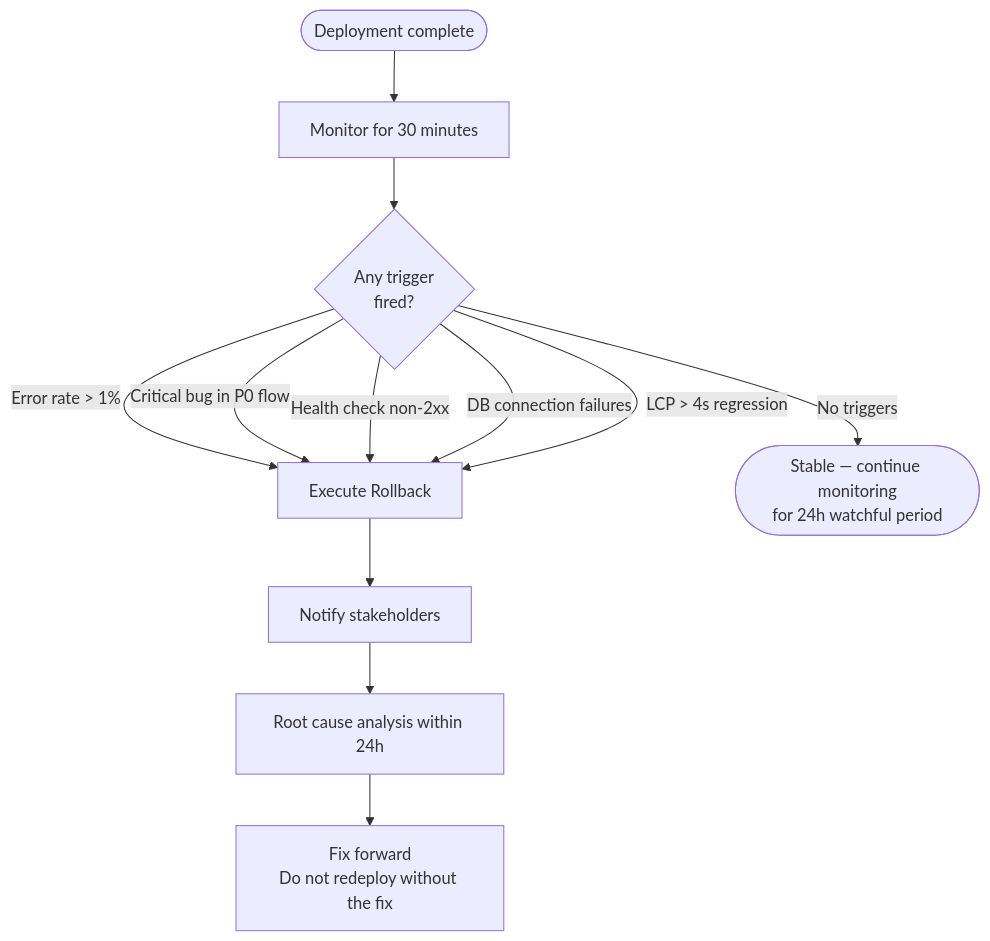
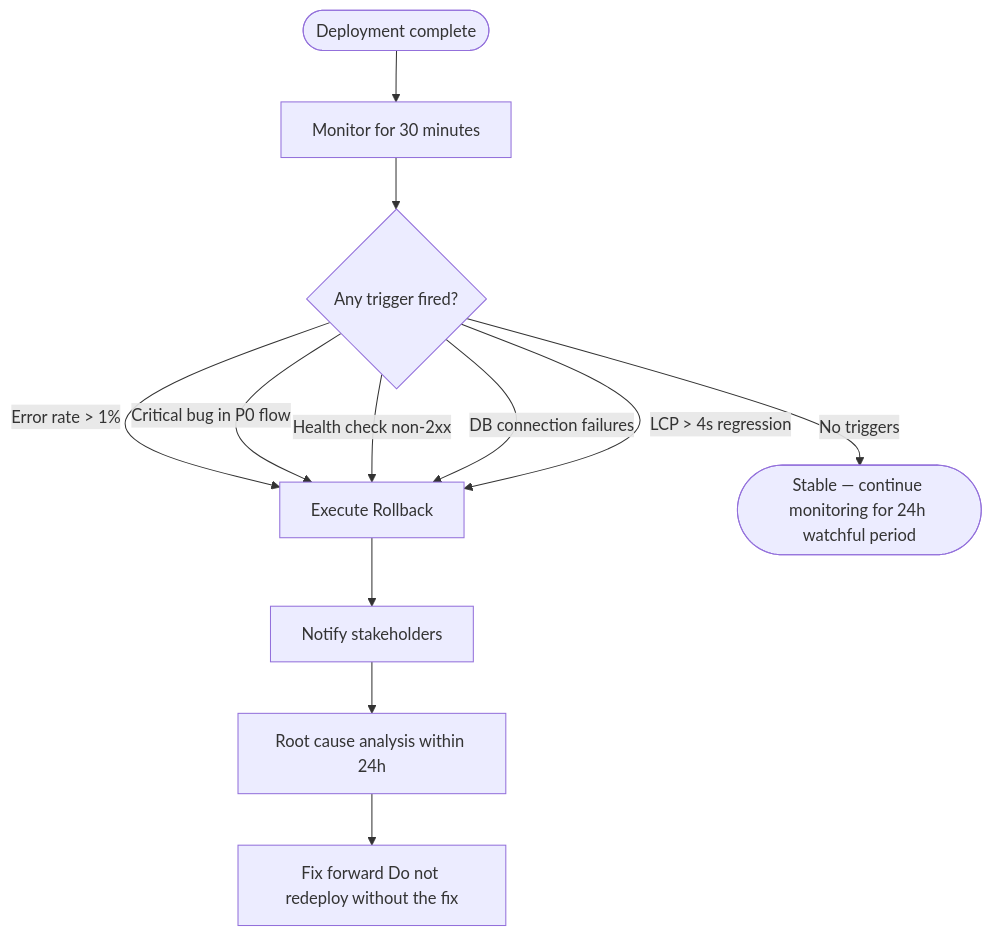
Before and after one commit to ivanyeors/product-agentic-templates: the first of 2 diagrams in .cursor/skills/06-deployment/ops-runbook.md, drawn with Mermaid. The commit also changed other lines of this file and 39 other files, not shown here.

````diff
--- a/.cursor/skills/06-deployment/ops-runbook.md
+++ b/.cursor/skills/06-deployment/ops-runbook.md
@@ -73,14 +73,14 @@
 ```mermaid
 flowchart TD
     deploy([Deployment complete]) --> monitor[Monitor for 30 minutes]
-    monitor --> check{Any trigger\nfired?}
+    monitor --> check{Any trigger fired?}
     check -->|Error rate > 1%| rollback
     check -->|Critical bug in P0 flow| rollback
     check -->|Health check non-2xx| rollback
     check -->|DB connection failures| rollback
     check -->|LCP > 4s regression| rollback
-    check -->|No triggers| stable([Stable — continue monitoring\nfor 24h watchful period])
+    check -->|No triggers| stable([Stable — continue monitoring for 24h watchful period])
     rollback[Execute Rollback] --> notify[Notify stakeholders]
     notify --> rca[Root cause analysis within 24h]
-    rca --> fix[Fix forward\nDo not redeploy without the fix]
+    rca --> fix[Fix forward Do not redeploy without the fix]
 ```
````
